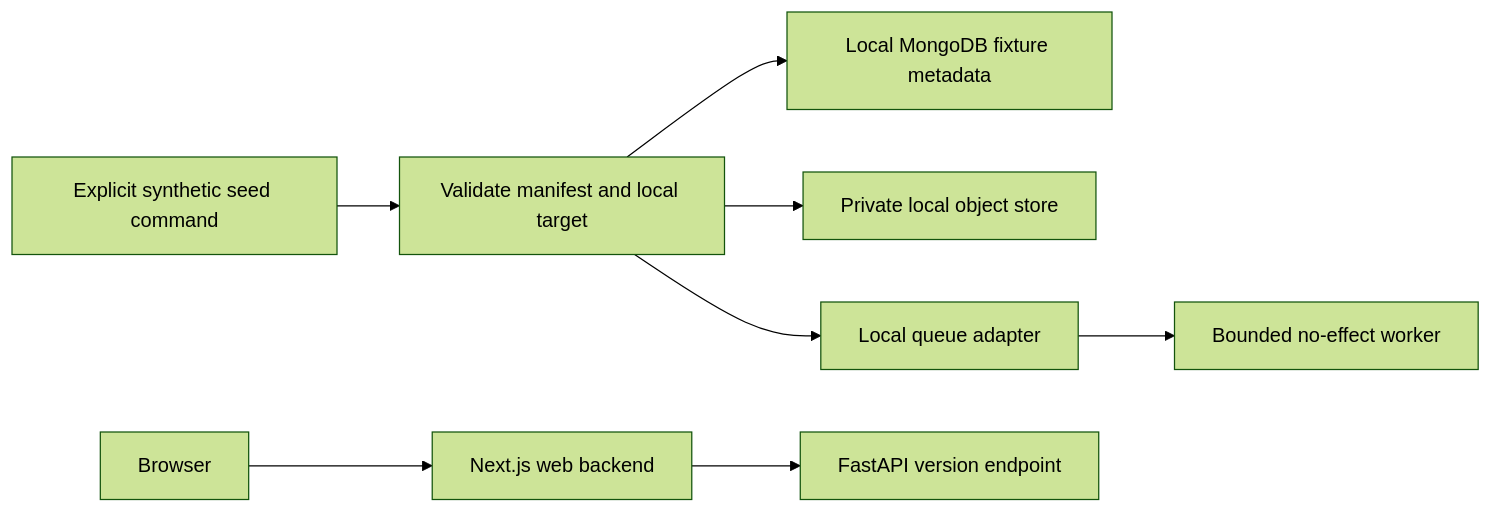
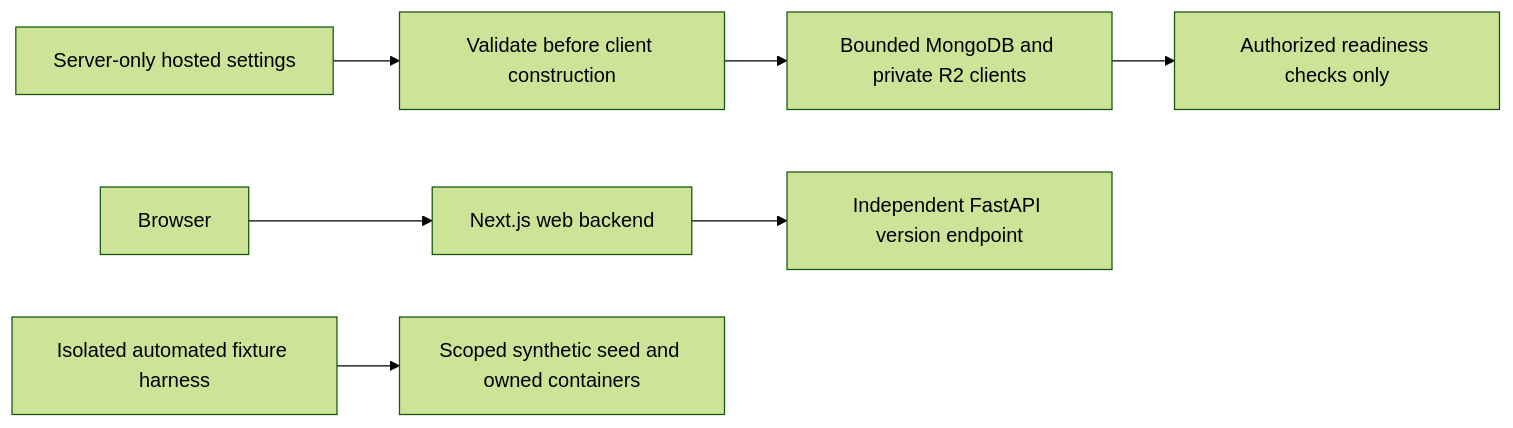
The diagram in docs/backend-implementation/p01-repository-and-developer-foundation.md (spjyotiranjan/shipsense), drawn with Mermaid (forest theme) before and after one commit. The commit also changed other lines of this file and 22 other files, not shown here.

Commit message:
SCRUM-17 use hosted MongoDB and private R2 configuration

````diff
--- a/docs/backend-implementation/p01-repository-and-developer-foundation.md
+++ b/docs/backend-implementation/p01-repository-and-developer-foundation.md
@@ -53,10 +63,9 @@
 ```mermaid
 flowchart LR
-  Seed[Explicit synthetic seed command] --> Validate[Validate manifest and local target]
-  Validate --> Mongo[Local MongoDB fixture metadata]
-  Validate --> Object[Private local object store]
-  Validate --> Queue[Local queue adapter]
-  Queue --> Worker[Bounded no-effect worker]
+  Config[Server-only hosted settings] --> Validate[Validate before client construction]
+  Validate --> Clients[Bounded MongoDB and private R2 clients]
+  Clients --> Ready[Authorized readiness checks only]
   Browser --> Web[Next.js web backend]
-  Web --> API[FastAPI version endpoint]
+  Web --> API[Independent FastAPI version endpoint]
+  Test[Isolated automated fixture harness] --> Seed[Scoped synthetic seed and owned containers]
 ```
````
